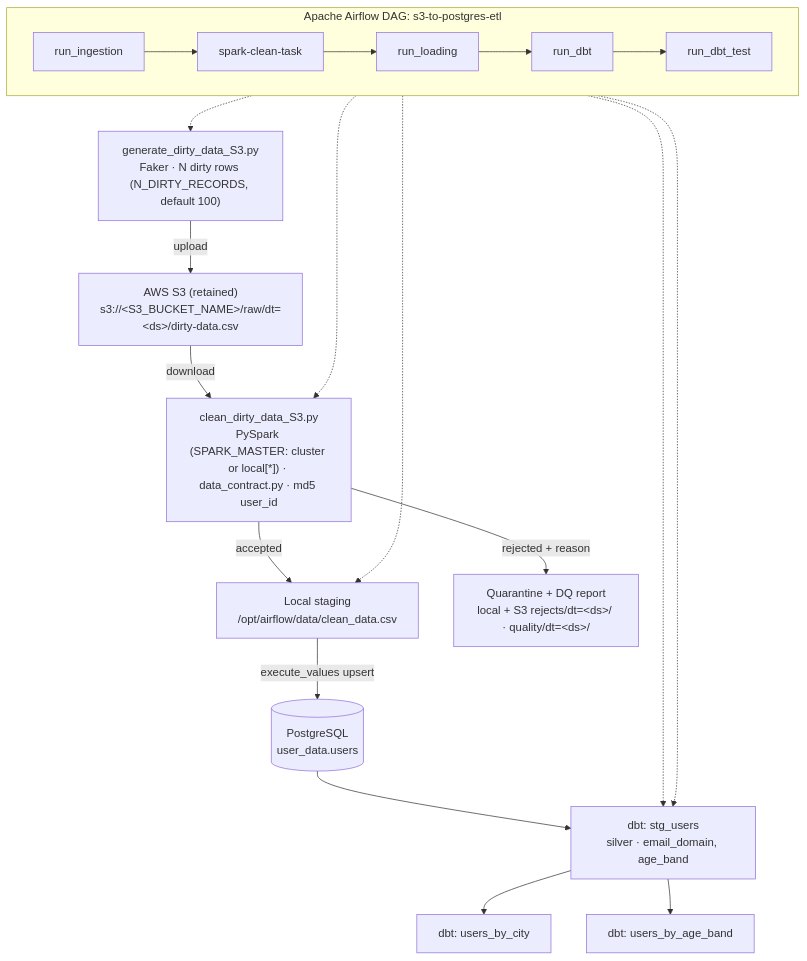
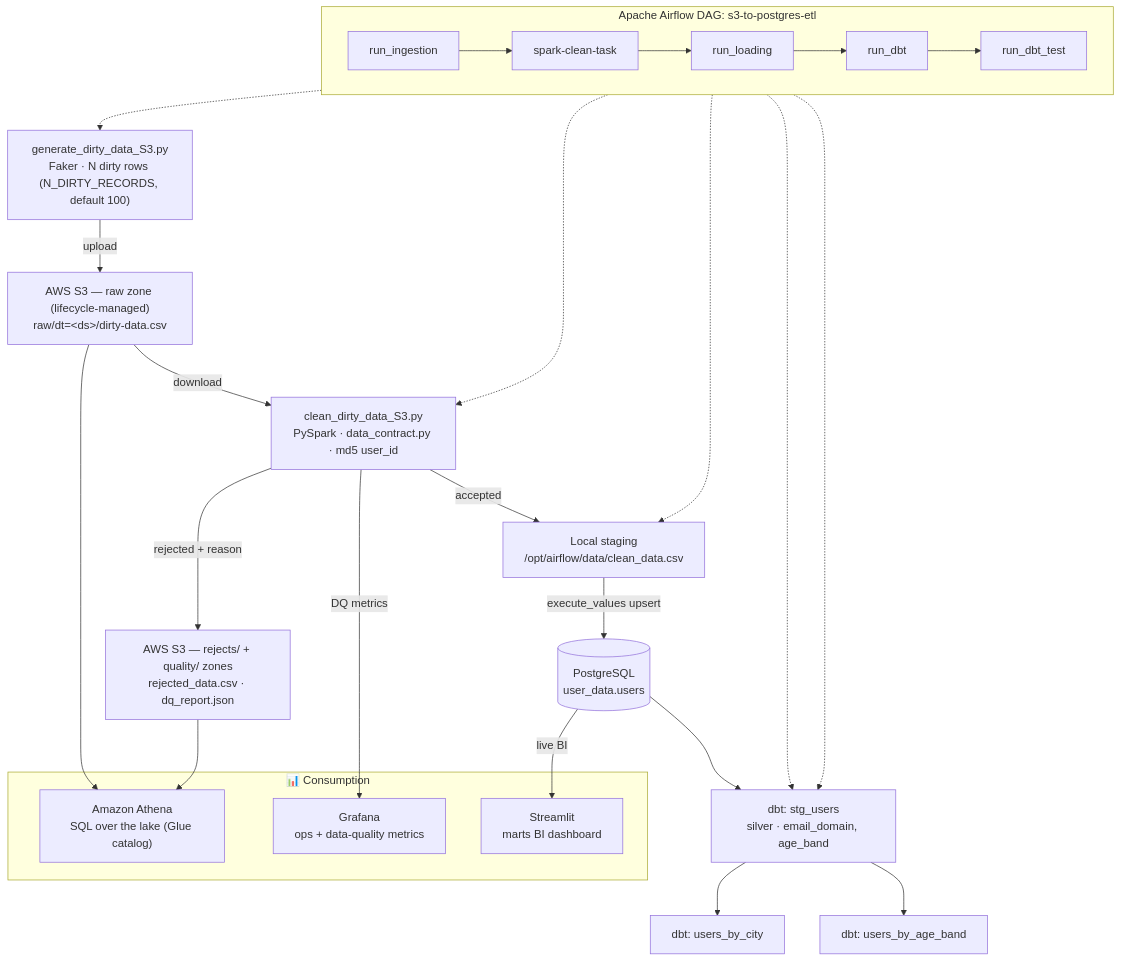
Before and after one commit to theofanis-tsakanikas/contract-driven-data-pipeline: the first of 2 diagrams in README.md, drawn with Mermaid. The commit also changed other lines of this file, not shown here.

First line of the commit message:
docs: lineage gains a Consumption layer (Athena/Grafana/Streamlit) + separate infra diagram

````diff
--- a/README.md
+++ b/README.md
@@ -88,32 +89,42 @@
 ```mermaid
 flowchart TD
     subgraph AF["Apache Airflow DAG: s3-to-postgres-etl"]
         direction LR
         T1["run_ingestion"] --> T2["spark-clean-task"] --> T3["run_loading"] --> T4["run_dbt"] --> T5["run_dbt_test"]
     end
 
     GEN["generate_dirty_data_S3.py<br/>Faker · N dirty rows (N_DIRTY_RECORDS, default 100)"]
-    S3["AWS S3 (retained)<br/>s3://&lt;S3_BUCKET_NAME&gt;/raw/dt=&lt;ds&gt;/dirty-data.csv"]
-    SPARK["clean_dirty_data_S3.py<br/>PySpark (SPARK_MASTER: cluster or local[*]) · data_contract.py · md5 user_id"]
+    S3["AWS S3 — raw zone (lifecycle-managed)<br/>raw/dt=&lt;ds&gt;/dirty-data.csv"]
+    SPARK["clean_dirty_data_S3.py<br/>PySpark · data_contract.py · md5 user_id"]
     CSV["Local staging<br/>/opt/airflow/data/clean_data.csv"]
-    REJ["Quarantine + DQ report<br/>local + S3 rejects/dt=&lt;ds&gt;/ · quality/dt=&lt;ds&gt;/"]
+    REJ["AWS S3 — rejects/ + quality/ zones<br/>rejected_data.csv · dq_report.json"]
     PG[("PostgreSQL<br/>user_data.users")]
     STG["dbt: stg_users<br/>silver · email_domain, age_band"]
     M1["dbt: users_by_city"]
     M2["dbt: users_by_age_band"]
 
+    subgraph CONS["📊 Consumption"]
+        ATH["Amazon Athena<br/>SQL over the lake (Glue catalog)"]
+        GRAF["Grafana<br/>ops + data-quality metrics"]
+        ST["Streamlit<br/>marts BI dashboard"]
+    end
+
     GEN -->|upload| S3
     S3 -->|download| SPARK
     SPARK -->|accepted| CSV
     SPARK -->|rejected + reason| REJ
+    SPARK -->|DQ metrics| GRAF
     CSV -->|execute_values upsert| PG
     PG --> STG
     STG --> M1
     STG --> M2
+    S3 --> ATH
+    REJ --> ATH
+    PG -->|live BI| ST
 
     T1 -.-> GEN
     T2 -.-> SPARK
     T3 -.-> CSV
     T4 -.-> STG
     T5 -.-> STG
 ```
````
